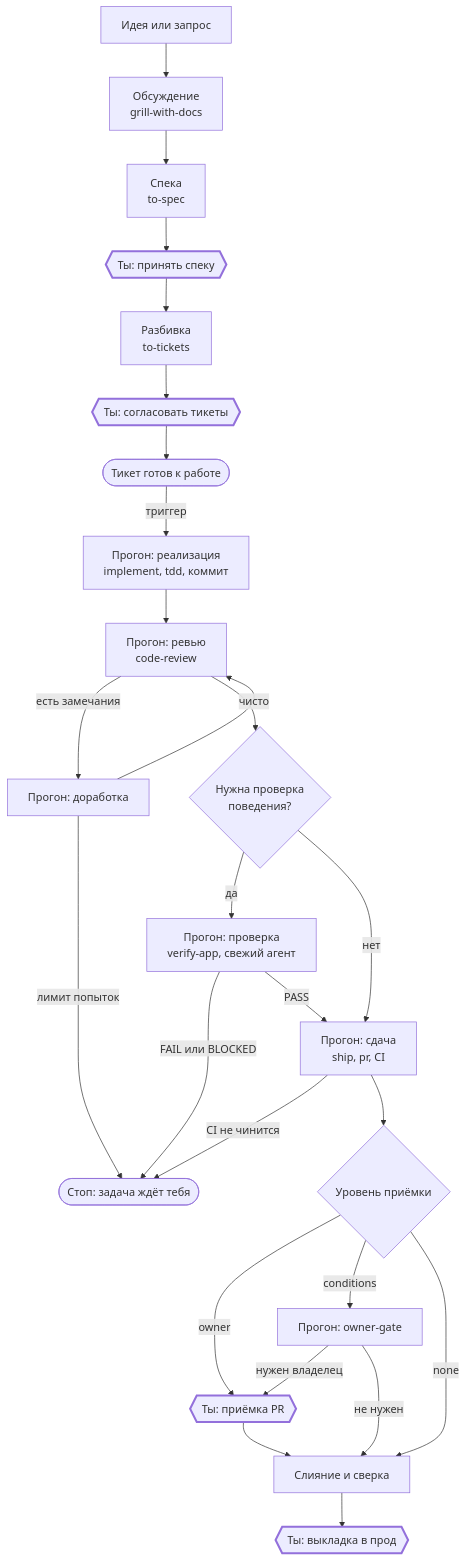
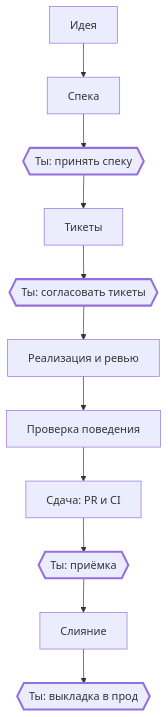
One commit to KirillSachkov/agent-kit changed the first of 7 diagrams in docs/research/factory-pipeline.ru.md. Above: the diagram before and after it, drawn with Mermaid. The commit also changed other lines of this file, not shown here.

Commit message:
Split the factory pipeline into simple diagrams

````diff
--- a/docs/research/factory-pipeline.ru.md
+++ b/docs/research/factory-pipeline.ru.md
@@ -19,30 +19,15 @@
 ```mermaid
 flowchart TD
-    I["Идея или запрос"] --> G["Обсуждение<br/>grill-with-docs"]
-    G --> S["Спека<br/>to-spec"]
-    S --> D1{{"Ты: принять спеку"}}
-    D1 --> T["Разбивка<br/>to-tickets"]
-    T --> D2{{"Ты: согласовать тикеты"}}
-    D2 --> R(["Тикет готов к работе"])
-    R -->|триггер| IM["Прогон: реализация<br/>implement, tdd, коммит"]
-    IM --> RV["Прогон: ревью<br/>code-review"]
-    RV -->|есть замечания| FX["Прогон: доработка"]
-    FX --> RV
-    FX -->|лимит попыток| ST(["Стоп: задача ждёт тебя"])
-    RV -->|чисто| VQ{"Нужна проверка<br/>поведения?"}
-    VQ -->|да| V["Прогон: проверка<br/>verify-app, свежий агент"]
-    VQ -->|нет| SH
-    V -->|FAIL или BLOCKED| ST
-    V -->|PASS| SH["Прогон: сдача<br/>ship, pr, CI"]
-    SH -->|CI не чинится| ST
-    SH --> OG{"Уровень приёмки"}
-    OG -->|owner| D3{{"Ты: приёмка PR"}}
-    OG -->|conditions| GJ["Прогон: owner-gate"]
-    OG -->|none| M
-    GJ -->|нужен владелец| D3
-    GJ -->|не нужен| M["Слияние и сверка"]
-    D3 --> M
-    M --> D4{{"Ты: выкладка в прод"}}
+    A["Идея"] --> B["Спека"]
+    B --> D1{{"Ты: принять спеку"}}
+    D1 --> C["Тикеты"]
+    C --> D2{{"Ты: согласовать тикеты"}}
+    D2 --> E["Реализация и ревью"]
+    E --> F["Проверка поведения"]
+    F --> G["Сдача: PR и CI"]
+    G --> D3{{"Ты: приёмка"}}
+    D3 --> H["Слияние"]
+    H --> D4{{"Ты: выкладка в прод"}}
     classDef you stroke-width:3px
     class D1,D2,D3,D4 you
 ```
````
